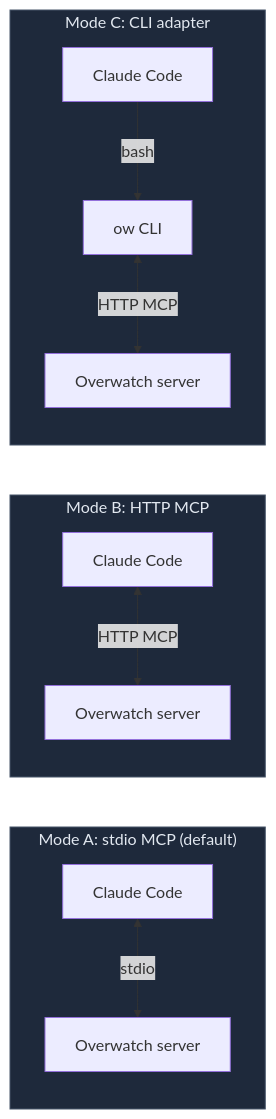
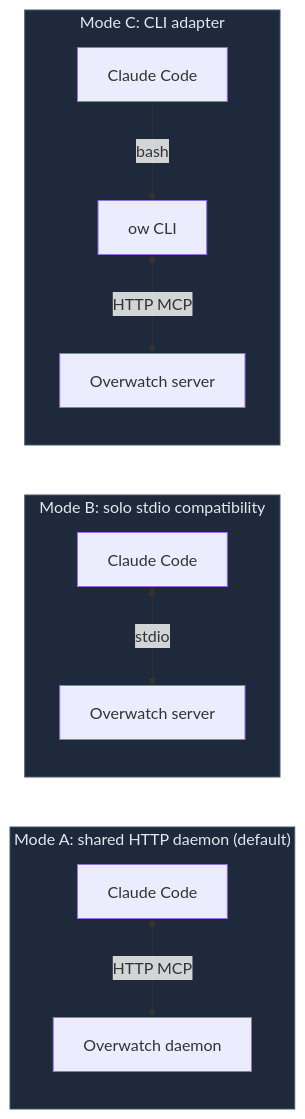
One commit to professor-moody/overwatch changed the diagram in docs/playbook/cli-adapter.md. Above: the diagram before and after it, drawn with Mermaid. The commit also changed other lines of this file and 65 other files, not shown here.

````diff
--- a/docs/playbook/cli-adapter.md
+++ b/docs/playbook/cli-adapter.md
@@ -10,16 +10,16 @@
 ```mermaid
 flowchart LR
-    subgraph A["Mode A: stdio MCP (default)"]
-        CC1[Claude Code] <-->|stdio| OW1[Overwatch server]
+    subgraph A["Mode A: shared HTTP daemon (default)"]
+        CC1[Claude Code] <-->|HTTP MCP| OW1[Overwatch daemon]
     end
-    subgraph B["Mode B: HTTP MCP"]
-        CC2[Claude Code] <-->|HTTP MCP| OW2[Overwatch server]
+    subgraph B["Mode B: solo stdio compatibility"]
+        CC2[Claude Code] <-->|stdio| OW2[Overwatch server]
     end
     subgraph C["Mode C: CLI adapter"]
         CC3[Claude Code] -->|bash| CLI[ow CLI]
         CLI <-->|HTTP MCP| OW3[Overwatch server]
     end
 
     classDef mode fill:#1e293b,stroke:#475569,color:#e2e8f0
     class A,B,C mode
 ```
````
